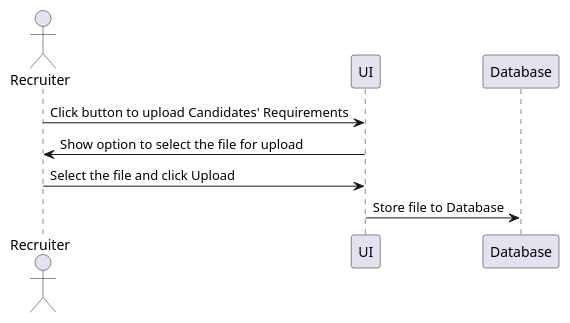
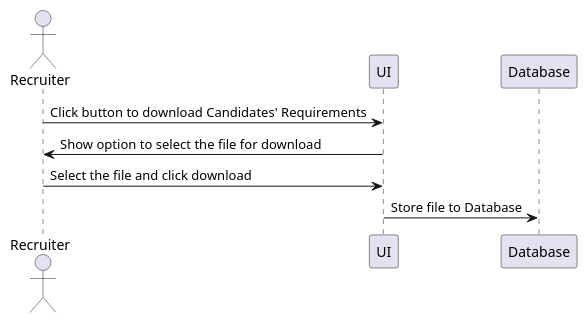
Before and after one commit to jpgacrama/recruitment-platform: the diagram in UseCases/DownloadCandidateRequirements.rst, drawn with PlantUML. The commit also changed other lines of this file and 8 other files, not shown here.

```diff
--- a/UseCases/DownloadCandidateRequirements.rst
+++ b/UseCases/DownloadCandidateRequirements.rst
@@ -21,15 +21,15 @@
 .. uml::
 
     @startuml
 
         actor "Recruiter" as Recruiter
         participant "UI" as UI
         participant "Database" as Database
 
-        Recruiter  -> UI: Click button to upload Candidates' Requirements
-        UI -> Recruiter: Show option to select the file for upload
-        Recruiter -> UI: Select the file and click Upload
+        Recruiter  -> UI: Click button to download Candidates' Requirements
+        UI -> Recruiter: Show option to select the file for download
+        Recruiter -> UI: Select the file and click download
 
         UI -> Database: Store file to Database
 
     @enduml
```
